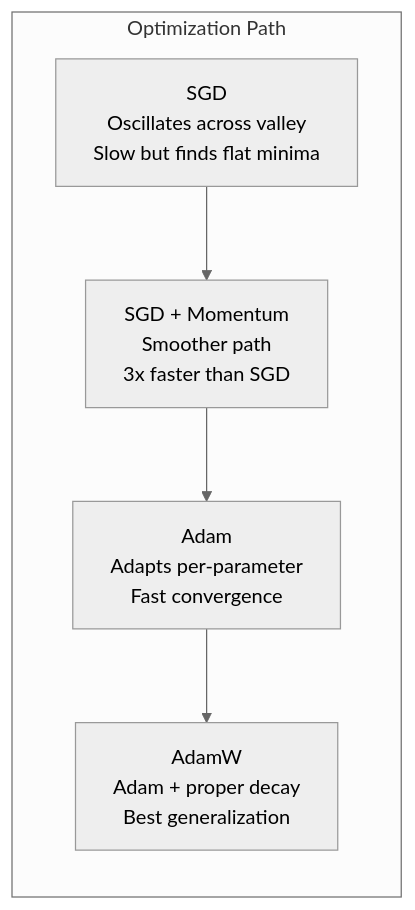
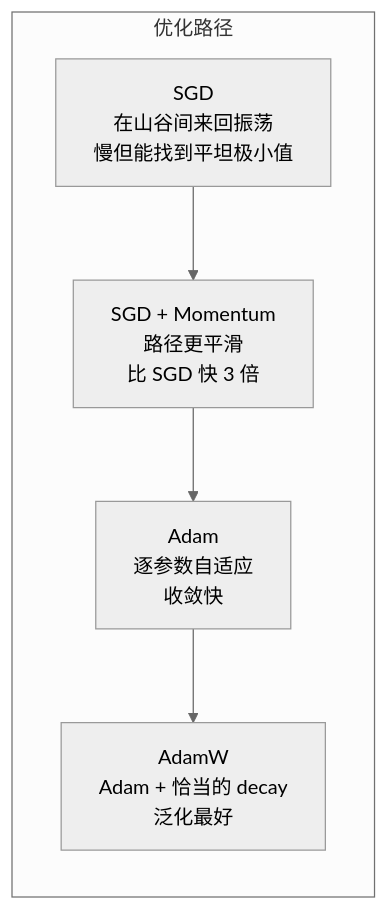
One commit to JerryC8080/ai-engineering-from-scratch-zh changed the second of 3 diagrams in phases/03-deep-learning-core/06-optimizers/docs/zh.md. Above: the diagram before and after it, drawn with Mermaid (neutral theme). The commit also changed other lines of this file and 156 other files, not shown here.

First line of the commit message:
i18n(zh): translate mermaid diagram labels in 157 lesson zh.md

````diff
--- a/phases/03-deep-learning-core/06-optimizers/docs/zh.md
+++ b/phases/03-deep-learning-core/06-optimizers/docs/zh.md
@@ -145,10 +145,10 @@
 ```mermaid
 flowchart LR
-    subgraph "Optimization Path"
-        SGD_P["SGD<br/>Oscillates across valley<br/>Slow but finds flat minima"]
-        Mom_P["SGD + Momentum<br/>Smoother path<br/>3x faster than SGD"]
-        Adam_P["Adam<br/>Adapts per-parameter<br/>Fast convergence"]
-        AdamW_P["AdamW<br/>Adam + proper decay<br/>Best generalization"]
+    subgraph "优化路径"
+        SGD_P["SGD<br/>在山谷间来回振荡<br/>慢但能找到平坦极小值"]
+        Mom_P["SGD + Momentum<br/>路径更平滑<br/>比 SGD 快 3 倍"]
+        Adam_P["Adam<br/>逐参数自适应<br/>收敛快"]
+        AdamW_P["AdamW<br/>Adam + 恰当的 decay<br/>泛化最好"]
     end
     SGD_P --> Mom_P --> Adam_P --> AdamW_P
 ```
````
